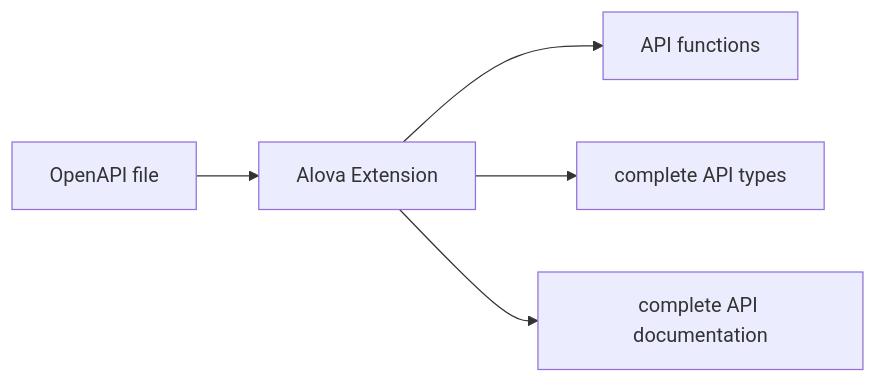
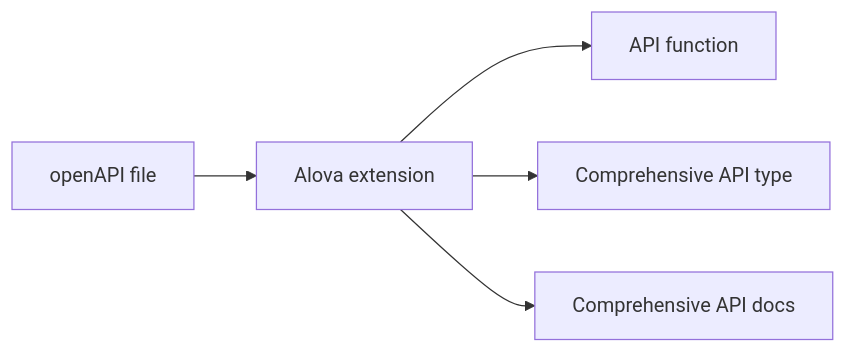
One commit to alovajs/alovajs.github.io changed the first of 2 diagrams in docs/tutorial/02-getting-started/01-introduce.md. Above: the diagram before and after it, drawn with Mermaid. The commit also changed other lines of this file and 66 other files, not shown here.

````diff
--- a/docs/tutorial/02-getting-started/01-introduce.md
+++ b/docs/tutorial/02-getting-started/01-introduce.md
@@ -78,6 +389,6 @@
 ```mermaid
 flowchart LR
-R1[OpenAPI file] --> S1[Alova Extension] --> W1[API functions]
-S1[Alova Extension] --> W2[complete API types]
-S1[Alova Extension] --> W3[complete API documentation]
+R1[openAPI file] --> S1[Alova extension] --> W1[API function]
+S1[Alova extension] --> W2[Comprehensive API type]
+S1[Alova extension] --> W3[Comprehensive API docs]
 ```
````
